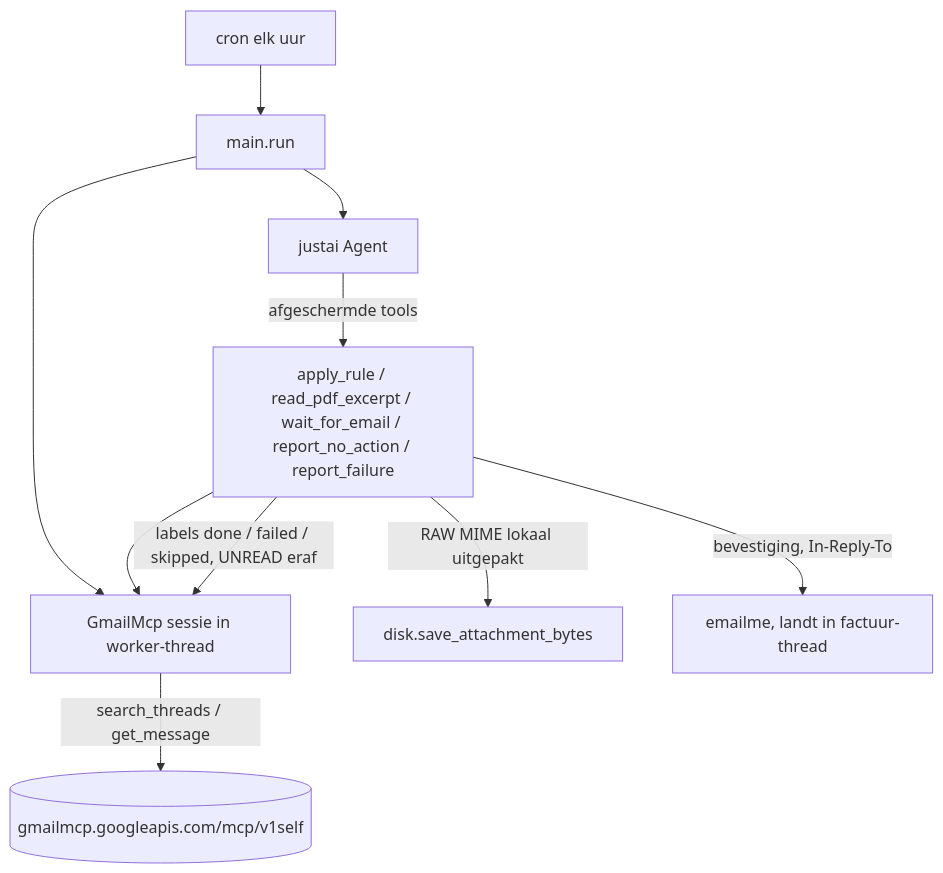
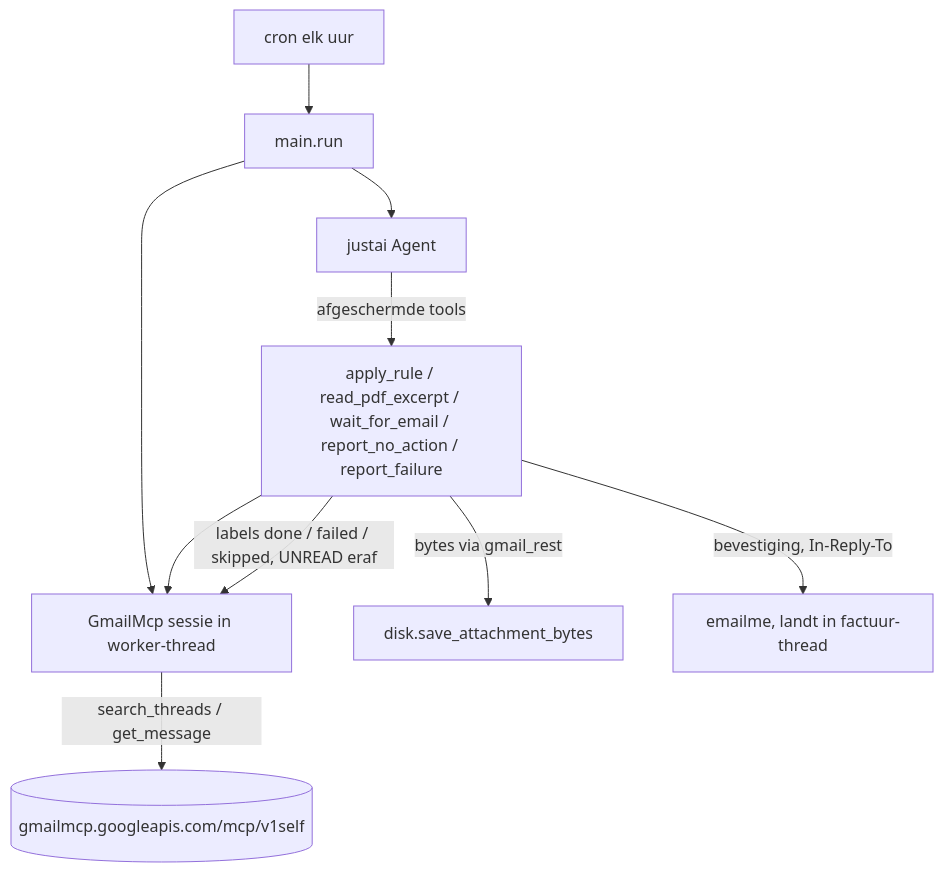
One commit to hpharmsen/mailprocessor changed the first of 2 diagrams in docs/plans/2026-11-26-002-refactor-gmail-via-mcp-plan.md. Above: the diagram before and after it, drawn with Mermaid. The commit also changed other lines of this file and 3 other files, not shown here.

Commit message:
docs: hybride route (MCP + gmail_rest), admin-instelling en probe-uitkomsten

````diff
--- a/docs/plans/2026-11-26-002-refactor-gmail-via-mcp-plan.md
+++ b/docs/plans/2026-11-26-002-refactor-gmail-via-mcp-plan.md
@@ -97,12 +98,12 @@
 ```mermaid
 flowchart TB
   cron[cron elk uur] --> main[main.run]
   main --> mcp[GmailMcp sessie in worker-thread]
   mcp -->|search_threads / get_message| server[(gmailmcp.googleapis.com/mcp/v1self)]
   main --> agent[justai Agent]
   agent -->|afgeschermde tools| tools[apply_rule / read_pdf_excerpt / wait_for_email / report_no_action / report_failure]
   tools --> mcp
-  tools -->|RAW MIME lokaal uitgepakt| disk[disk.save_attachment_bytes]
+  tools -->|bytes via gmail_rest| disk[disk.save_attachment_bytes]
   tools -->|bevestiging, In-Reply-To| emailme[emailme, landt in factuur-thread]
   tools -->|labels done / failed / skipped, UNREAD eraf| mcp
 ```
````
